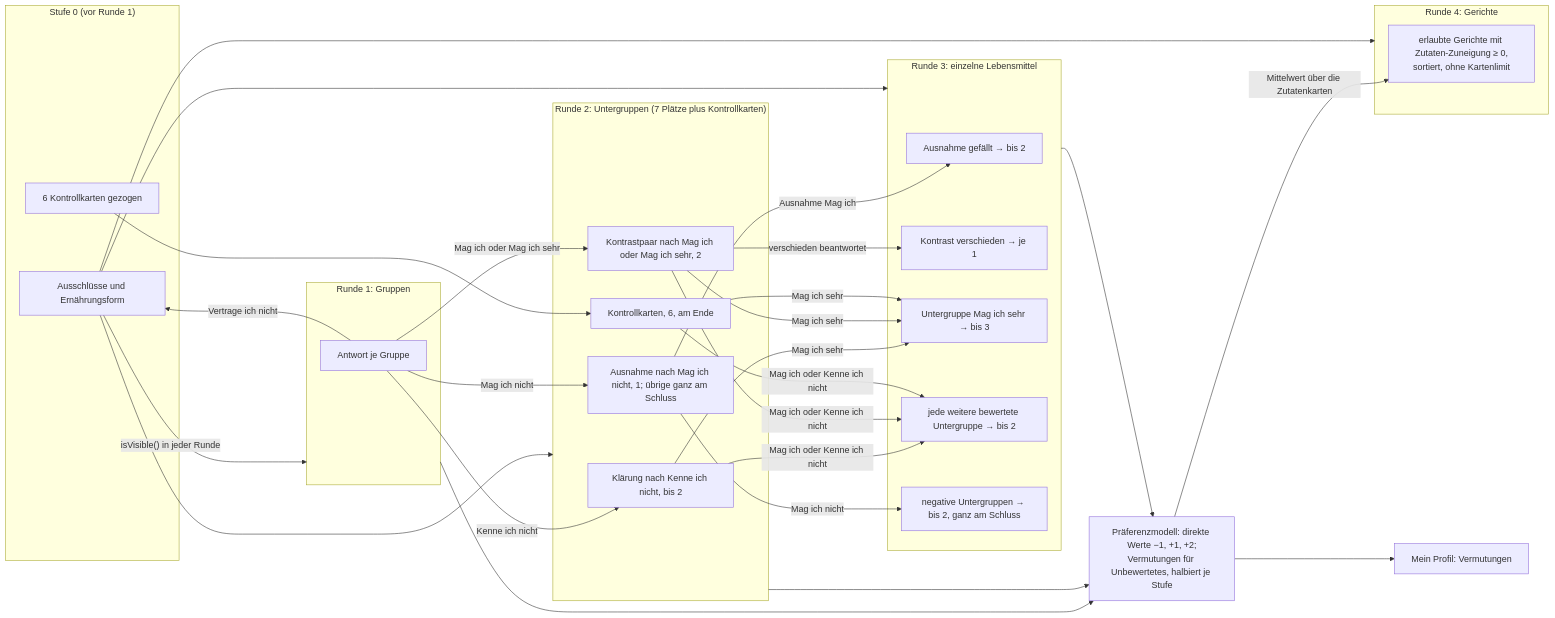
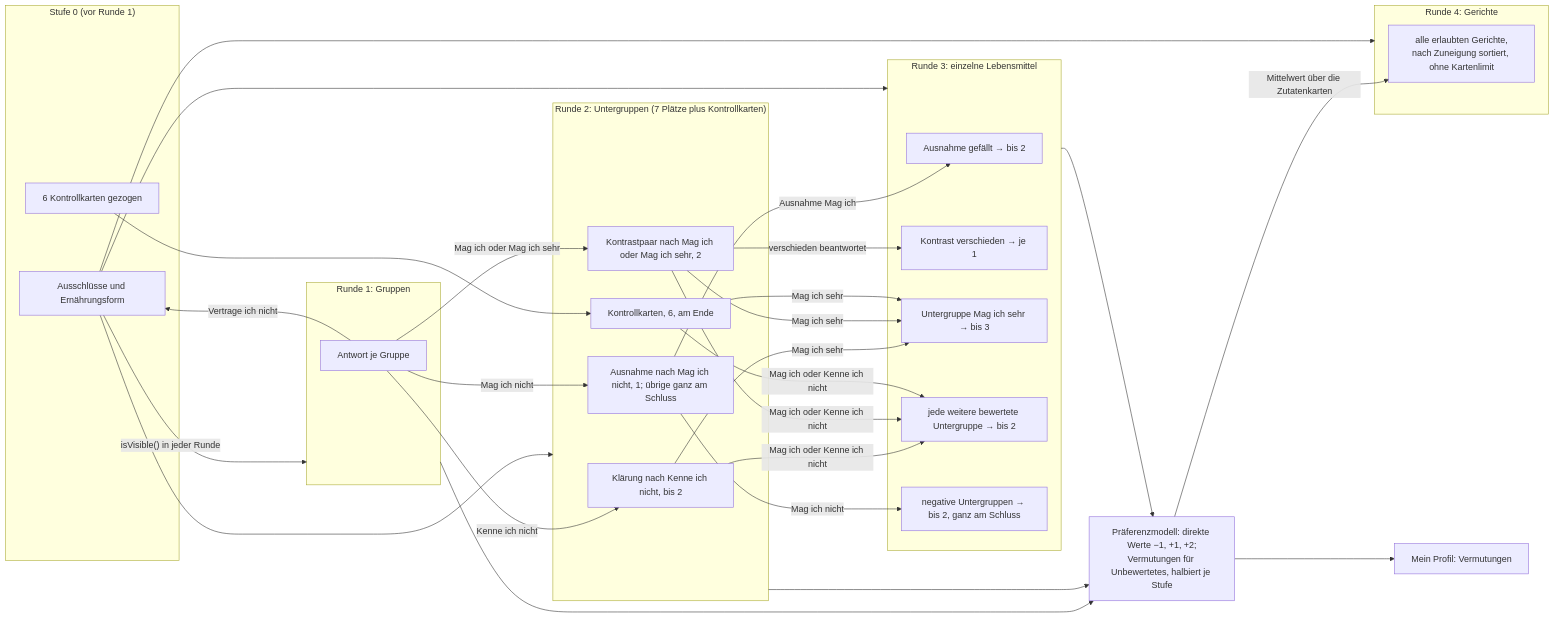
The fifth of 6 diagrams in docs/05_Flowcharts.md (kerisan-jeg/geschmacksprofil-50plus), drawn with Mermaid before and after one commit. The commit also changed other lines of this file and 68 other files, not shown here.

First line of the commit message:
Runde 4 ohne Geschmacksfilter, „Runde beenden“ von Anfang an, 42 neue Gerichte mit Fotos (64 statt 22)

````diff
--- a/docs/05_Flowcharts.md
+++ b/docs/05_Flowcharts.md
@@ -119,50 +119,50 @@
 ```mermaid
 flowchart LR
   subgraph S0["Stufe 0 (vor Runde 1)"]
     O["Ausschlüsse und Ernährungsform"]
     HO["6 Kontrollkarten gezogen"]
   end
   subgraph R1["Runde 1: Gruppen"]
     A1["Antwort je Gruppe"]
   end
   subgraph R2["Runde 2: Untergruppen (7 Plätze plus Kontrollkarten)"]
     B1["Klärung nach Kenne ich nicht, bis 2"]
     B2["Ausnahme nach Mag ich nicht, 1; übrige ganz am Schluss"]
     B3["Kontrastpaar nach Mag ich oder Mag ich sehr, 2"]
     B4["Kontrollkarten, 6, am Ende"]
   end
   subgraph R3["Runde 3: einzelne Lebensmittel"]
     C1["Ausnahme gefällt → bis 2"]
     C2["Kontrast verschieden → je 1"]
     C3["Untergruppe Mag ich sehr → bis 3"]
     C4["jede weitere bewertete Untergruppe → bis 2"]
     C5["negative Untergruppen → bis 2, ganz am Schluss"]
   end
   subgraph R4["Runde 4: Gerichte"]
-    D1["erlaubte Gerichte mit Zutaten-Zuneigung ≥ 0,<br/>sortiert, ohne Kartenlimit"]
+    D1["alle erlaubten Gerichte,<br/>nach Zuneigung sortiert, ohne Kartenlimit"]
   end
   MOD["Präferenzmodell: direkte Werte −1, +1, +2;<br/>Vermutungen für Unbewertetes, halbiert je Stufe"]
   O -- "isVisible() in jeder Runde" --> R1
   O --> R2
   O --> R3
   O --> R4
   HO --> B4
   A1 -- "Kenne ich nicht" --> B1
   A1 -- "Mag ich nicht" --> B2
   A1 -- "Mag ich oder Mag ich sehr" --> B3
   A1 -- "Vertrage ich nicht" --> O
   B2 -- "Ausnahme Mag ich" --> C1
   B3 -- "verschieden beantwortet" --> C2
   B1 -- "Mag ich sehr" --> C3
   B3 -- "Mag ich sehr" --> C3
   B4 -- "Mag ich sehr" --> C3
   B1 -- "Mag ich oder Kenne ich nicht" --> C4
   B3 -- "Mag ich oder Kenne ich nicht" --> C4
   B4 -- "Mag ich oder Kenne ich nicht" --> C4
   B2 -- "Mag ich nicht" --> C5
   R1 --> MOD
   R2 --> MOD
   R3 --> MOD
   MOD -- "Mittelwert über die Zutatenkarten" --> D1
   MOD --> PROF["Mein Profil: Vermutungen"]
 ```
````
